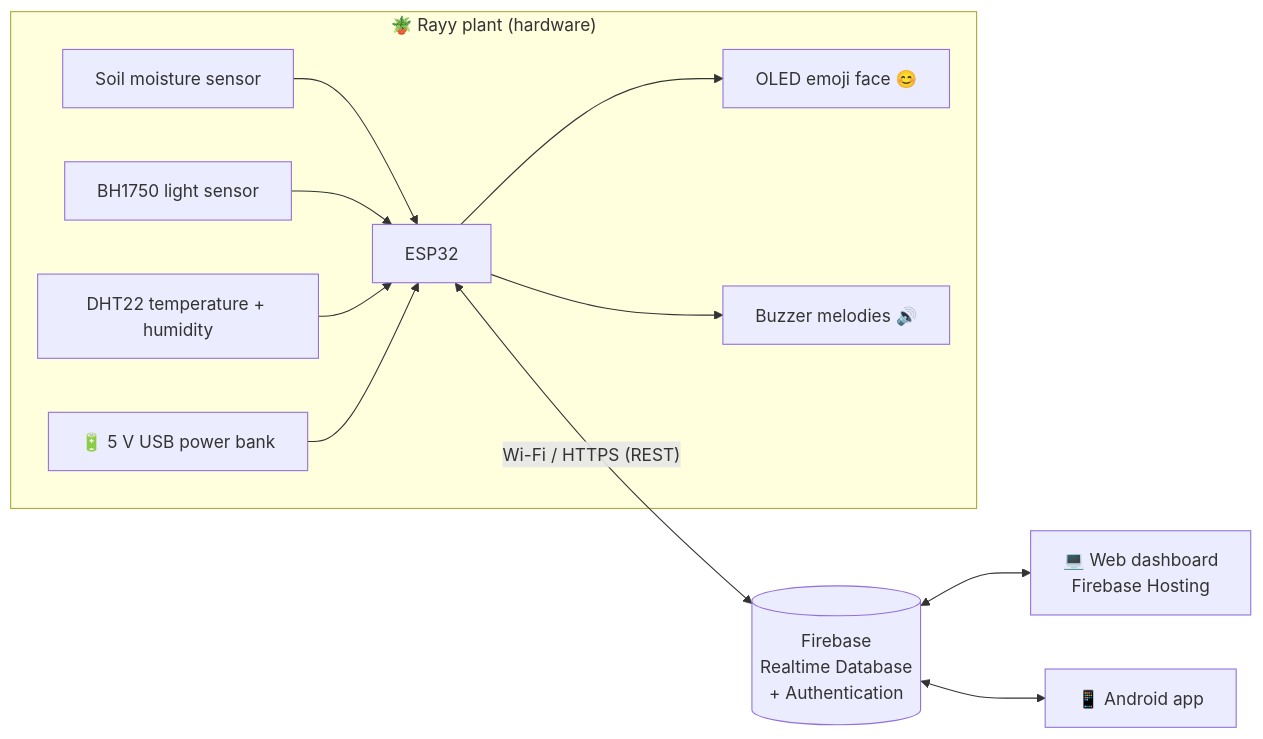
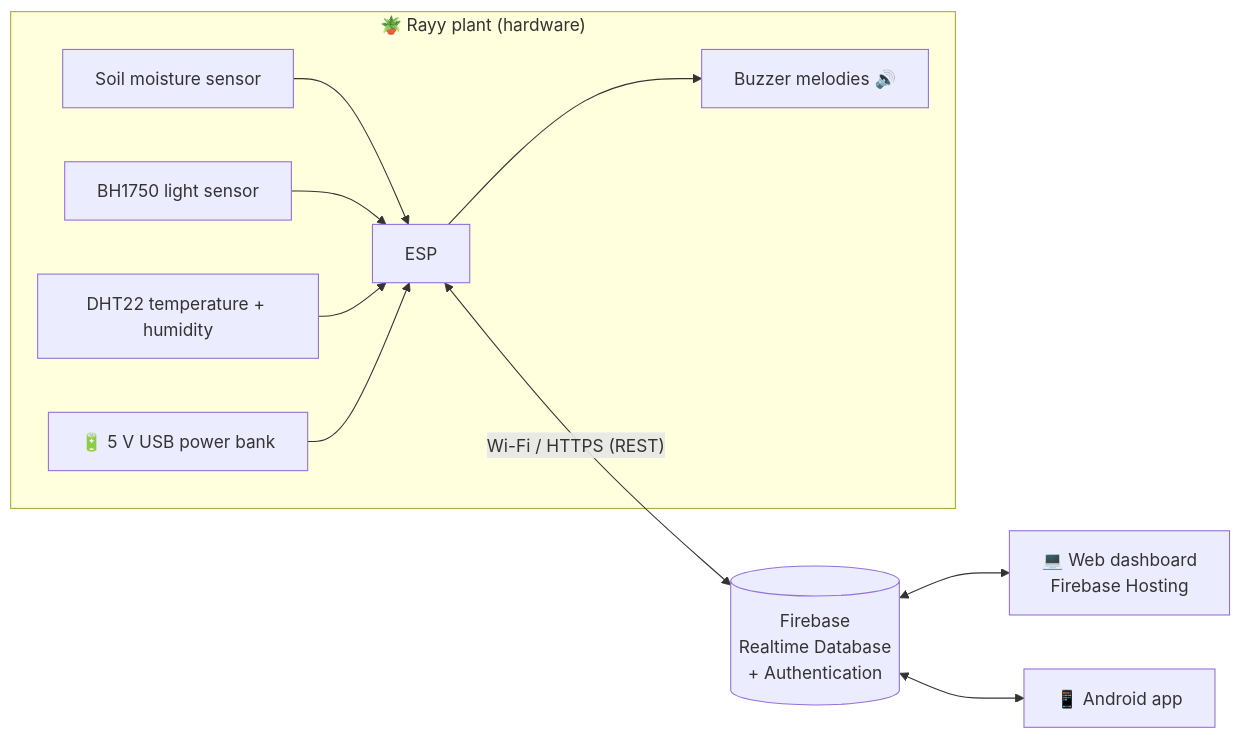
The diagram in rayy/README.md (HassanDiab95/CLAUDE), drawn with Mermaid before and after one commit. The commit also changed other lines of this file and 34 other files, not shown here.

````diff
--- a/rayy/README.md
+++ b/rayy/README.md
@@ -53,14 +55,13 @@
 ```mermaid
 flowchart LR
   subgraph Plant["🪴 Rayy plant (hardware)"]
     S1[Soil moisture sensor] --> ESP
     S2[BH1750 light sensor] --> ESP
     S3[DHT22 temperature + humidity] --> ESP
-    ESP[ESP32] --> OLED[OLED emoji face 😊]
     ESP --> BZ[Buzzer melodies 🔊]
     PB[🔋 5 V USB power bank] --> ESP
   end
   ESP <-- "Wi-Fi / HTTPS (REST)" --> FB[(Firebase<br/>Realtime Database<br/>+ Authentication)]
   FB <--> WEB[💻 Web dashboard<br/>Firebase Hosting]
   FB <--> APP[📱 Android app]
 ```
````
